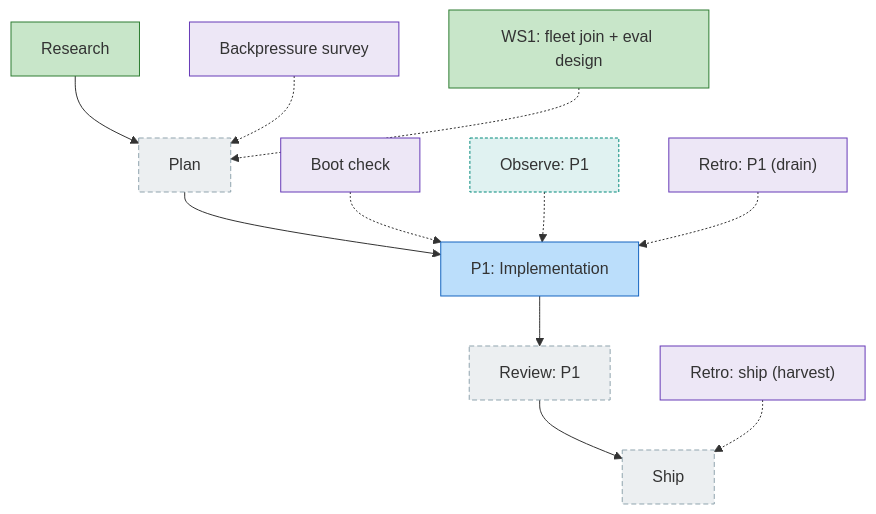
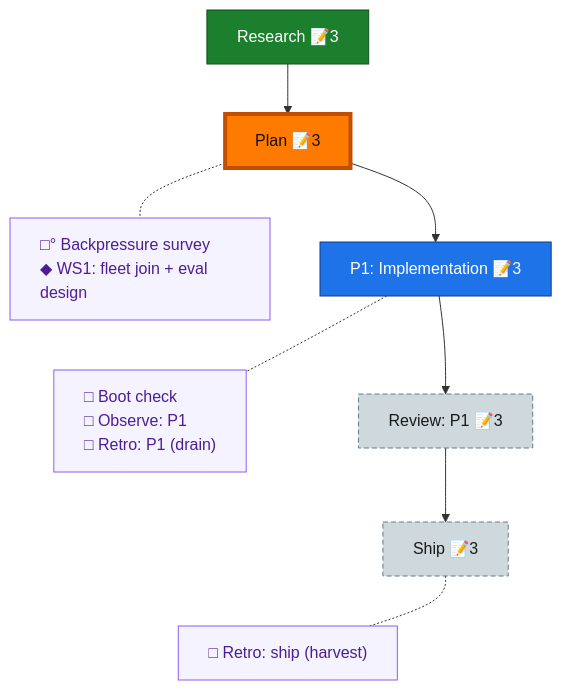
Before and after one commit to AI-Substrate/harness-engineering: the diagram in docs/plans/051-pij-fleet-session-eval/the-flow.md, drawn with Mermaid. The commit also changed other lines of this file and 8 other files, not shown here.

````diff
--- a/docs/plans/051-pij-fleet-session-eval/the-flow.md
+++ b/docs/plans/051-pij-fleet-session-eval/the-flow.md
@@ -8,39 +8,29 @@
 ```mermaid
 flowchart TD
-    research["Research"]:::done
-    plan["Plan"]:::assumed
-    phase_1["P1: Implementation"]:::known
-    review_1["Review: P1"]:::assumed
-    ship["Ship"]:::assumed
+    research["Research 📝3"]:::done
+    plan["Plan 📝3"]:::done
+    phase_1["P1: Implementation 📝3"]:::known
+    review_1["Review: P1 📝3"]:::assumed
+    ship["Ship 📝3"]:::assumed
 
-    research --> plan
-    plan --> phase_1
-    phase_1 --> review_1
-    review_1 --> ship
+    research --> plan --> phase_1 --> review_1 --> ship
 
-    backpressure["Backpressure survey"]:::harness
-    boot_1["Boot check"]:::harness
-    observe_1["Observe: P1"]:::chore
-    retro_1["Retro: P1 (drain)"]:::harness
-    retro_ship["Retro: ship (harvest)"]:::harness
-    workshop_1["WS1: fleet join + eval design"]:::done
-    backpressure -.-> plan
-    boot_1 -.-> phase_1
-    observe_1 -.-> phase_1
-    retro_1 -.-> phase_1
-    retro_ship -.-> ship
-    workshop_1 -.-> plan
+    planC["□° Backpressure survey<br/>◆ WS1: fleet join + eval design"]:::chore
+    phase_1C["□ Boot check<br/>□ Observe: P1<br/>□ Retro: P1 (drain)"]:::chore
+    shipC["□ Retro: ship (harvest)"]:::chore
 
-    classDef done fill:#C8E6C9,stroke:#2E7D32;
-    classDef wip fill:#FFE0B2,stroke:#EF6C00;
-    classDef blocked fill:#FFCDD2,stroke:#C62828;
-    classDef known fill:#BBDEFB,stroke:#1565C0;
-    classDef assumed fill:#ECEFF1,stroke:#90A4AE,stroke-dasharray:5 3;
-    classDef said fill:#FFF9C4,stroke:#F9A825;
-    classDef harness fill:#EDE7F6,stroke:#673AB7;
-    classDef decision fill:#FFF3E0,stroke:#FB8C00,stroke-dasharray:2 2;
-    classDef companion fill:#D1C4E9,stroke:#5E35B1;
-    classDef worker fill:#B2DFDB,stroke:#00897B;
-    classDef chore fill:#E0F2F1,stroke:#00897B,stroke-dasharray:3 2;
-    classDef unknown fill:#FAFAFA,stroke:#BDBDBD,stroke-dasharray:1 4;
+    %% invisible chain holds the gutter boxes in their own column
+    planC ~~~ phase_1C ~~~ shipC
+
+    %% dotted links pull each gutter box beside its node
+    plan -.- planC
+    phase_1 -.- phase_1C
+    ship -.- shipC
+
+    classDef done fill:#1B7F2E,stroke:#0F4F1B,color:#fff;
+    classDef known fill:#1E73E8,stroke:#0D3F86,color:#fff;
+    classDef assumed fill:#CFD8DC,stroke:#607D8B,color:#1a1a1a,stroke-dasharray:5 3;
+    classDef chore fill:#f5f3ff,stroke:#8b5cf6,color:#4c1d95,text-align:left;
+    classDef current fill:#FF7A00,stroke:#C24E00,color:#1a0e00,stroke-width:4px;
+    class plan current;
 ```
````
